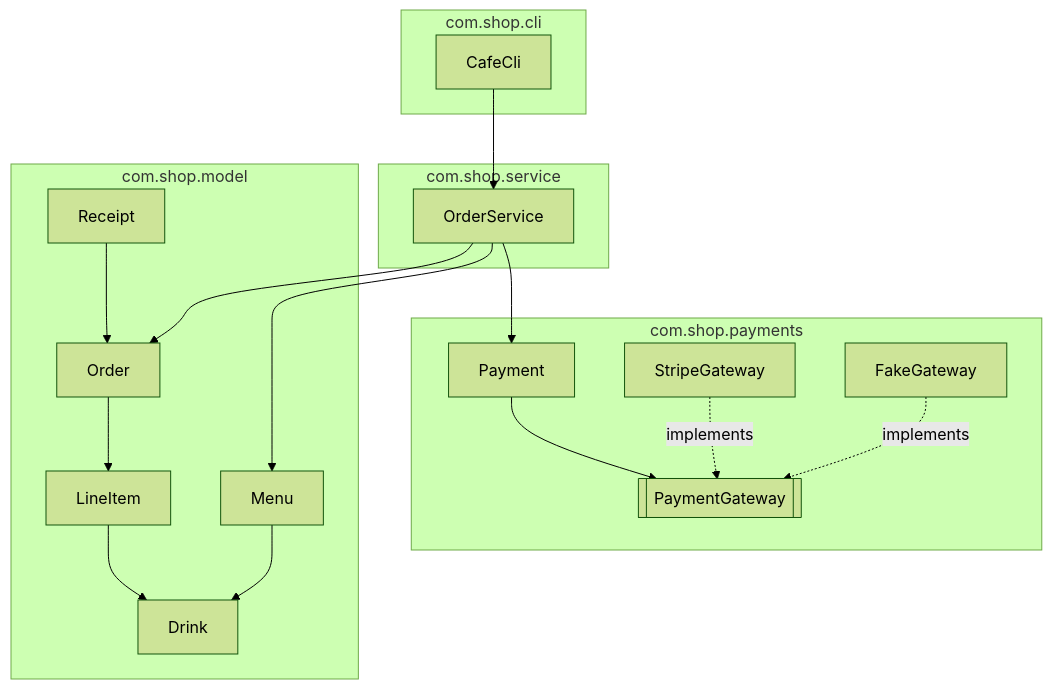
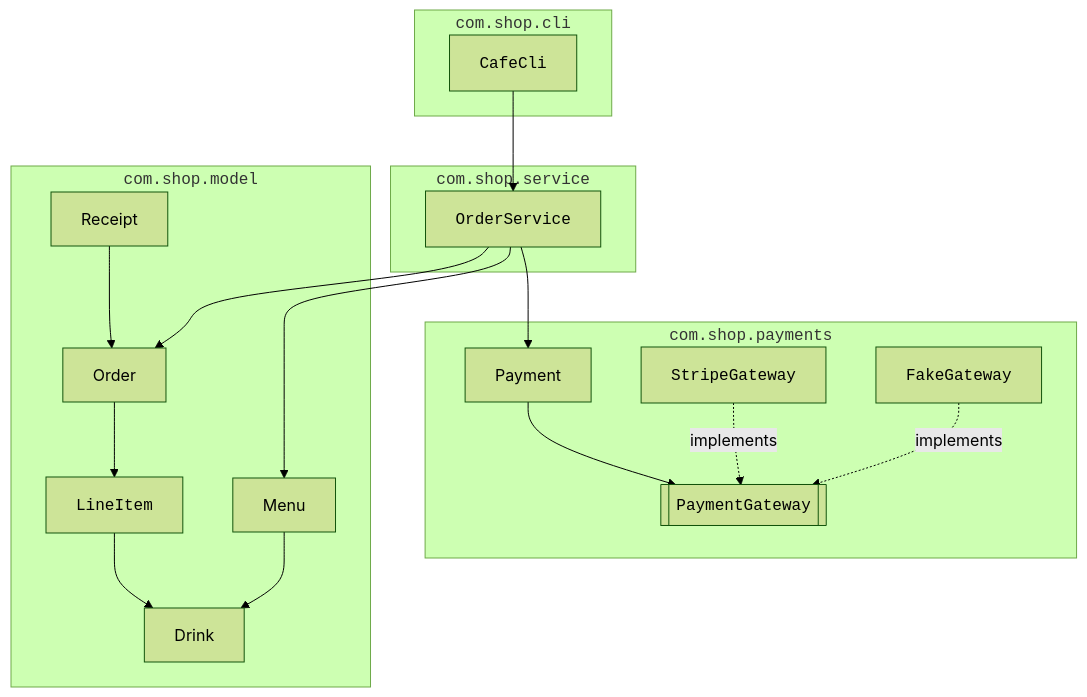
One commit to dataslope/dataslope changed the fourth of 5 diagrams in content/learn/oop-blueprint-java/packages-and-architecture.mdx. Above: the diagram before and after it, drawn with Mermaid (forest theme). The commit also changed other lines of this file and 218 other files, not shown here.

First line of the commit message:
Render code-only mermaid shapes in monospace; convert step sequences to Steps (#467)

````diff
--- a/content/learn/oop-blueprint-java/packages-and-architecture.mdx
+++ b/content/learn/oop-blueprint-java/packages-and-architecture.mdx
@@ -159,34 +159,34 @@
 ```mermaid
 flowchart TB
-    subgraph cli["com.shop.cli"]
-        CLI[CafeCli]
+    subgraph cli["<code>com.shop.cli</code>"]
+        CLI["<code>CafeCli</code>"]
     end
-    subgraph service["com.shop.service"]
-        OS[OrderService]
+    subgraph service["<code>com.shop.service</code>"]
+        OS["<code>OrderService</code>"]
     end
-    subgraph model["com.shop.model"]
+    subgraph model["<code>com.shop.model</code>"]
         D[Drink]
-        L[LineItem]
+        L["<code>LineItem</code>"]
         O[Order]
         R[Receipt]
         M[Menu]
     end
-    subgraph payments["com.shop.payments"]
+    subgraph payments["<code>com.shop.payments</code>"]
         P[Payment]
-        I[[PaymentGateway]]
-        S[StripeGateway]
-        F[FakeGateway]
+        I[["<code>PaymentGateway</code>"]]
+        S["<code>StripeGateway</code>"]
+        F["<code>FakeGateway</code>"]
     end
 
     CLI --> OS
     OS --> O
     OS --> M
     OS --> P
     P --> I
     S -. implements .-> I
     F -. implements .-> I
     O --> L
     L --> D
     M --> D
     R --> O
 ```
````
